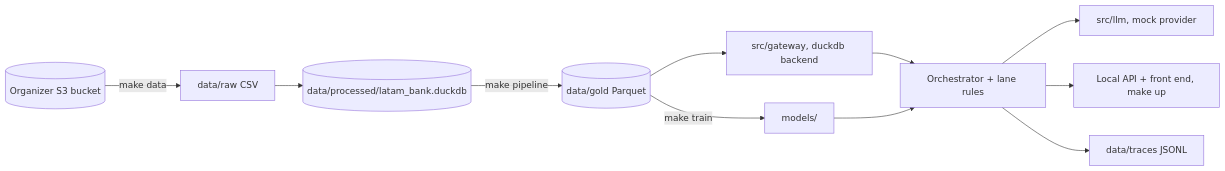
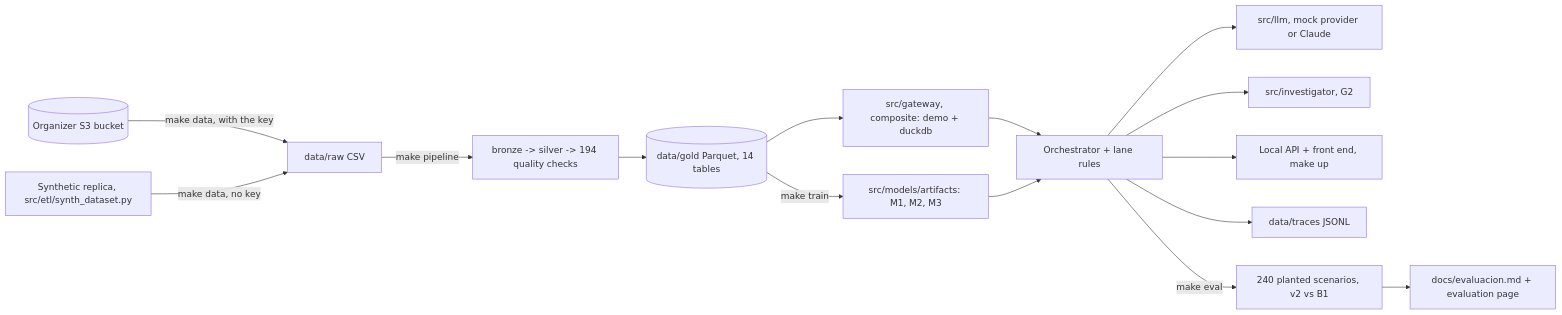
One commit to DDR2AS/factored-hackathon-2026-Datti changed the second of 3 diagrams in docs/architecture.md. Above: the diagram before and after it, drawn with Mermaid. The commit also changed 196 other files, not shown here.

````diff
--- a/docs/architecture.md
+++ b/docs/architecture.md
@@ -29,13 +29,16 @@
 ```mermaid
 flowchart LR
-    S3O[(Organizer S3 bucket)] -->|make data| RAW[data/raw CSV]
-    RAW --> DDB[(data/processed/latam_bank.duckdb)]
-    DDB -->|make pipeline| GOLD[(data/gold Parquet)]
-    GOLD --> GW[src/gateway, duckdb backend]
-    GOLD -->|make train| MOD[models/]
+    S3O[(Organizer S3 bucket)] -->|make data, with the key| RAW[data/raw CSV]
+    SYN[Synthetic replica, src/etl/synth_dataset.py] -->|make data, no key| RAW
+    RAW -->|make pipeline| BRZ[bronze -> silver -> 194 quality checks]
+    BRZ --> GOLD[(data/gold Parquet, 14 tables)]
+    GOLD --> GW[src/gateway, composite: demo + duckdb]
+    GOLD -->|make train| MOD[src/models/artifacts: M1, M2, M3]
     GW --> ORCH[Orchestrator + lane rules]
     MOD --> ORCH
-    ORCH --> LLM[src/llm, mock provider]
+    ORCH --> LLM[src/llm, mock provider or Claude]
+    ORCH --> INV[src/investigator, G2]
     ORCH --> API[Local API + front end, make up]
     ORCH --> TR[data/traces JSONL]
+    ORCH -->|make eval| EV[240 planted scenarios, v2 vs B1] --> PAGE[docs/evaluacion.md + evaluation page]
 ```
````
